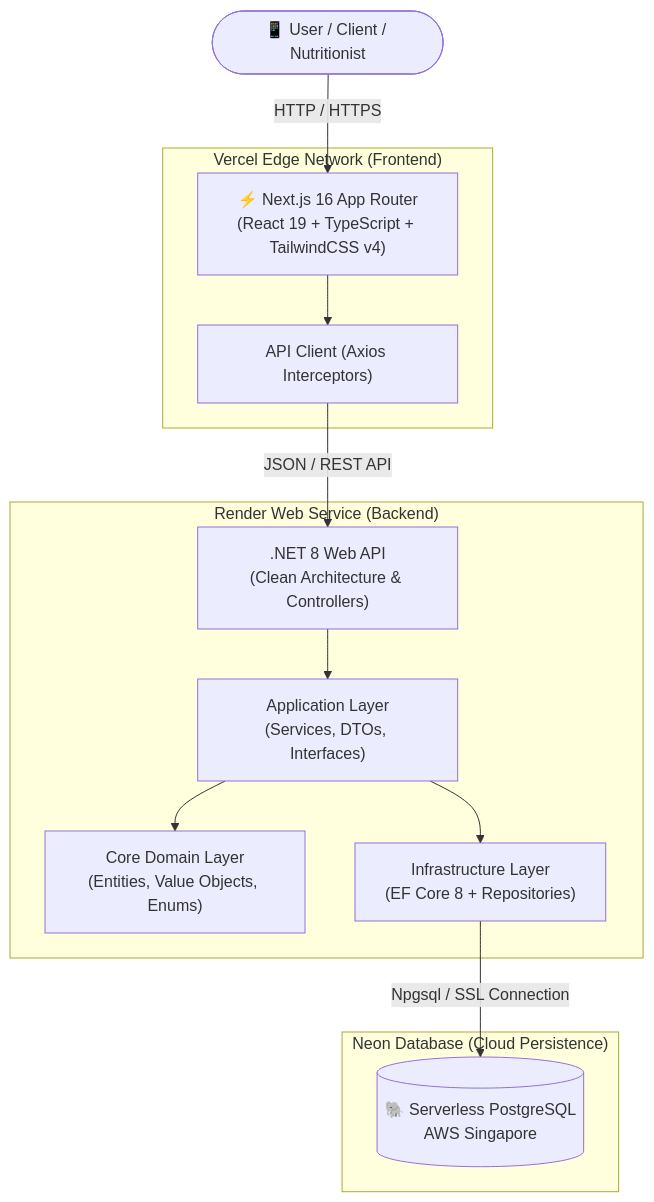
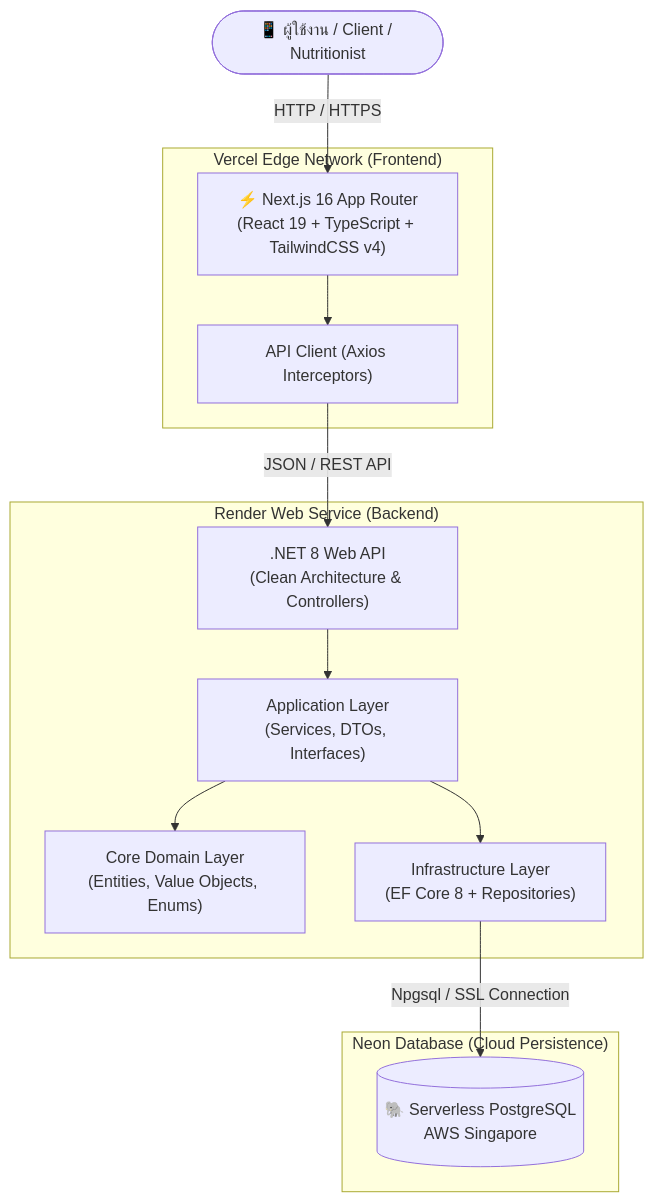
One commit to 6731470008-web/NutriPlan changed the diagram in README.md. Above: the diagram before and after it, drawn with Mermaid. The commit also changed other lines of this file, not shown here.

````diff
--- a/README.md
+++ b/README.md
@@ -71,28 +78,28 @@
 ```mermaid
 graph TD
-    User([📱 User / Client / Nutritionist])
+    User([📱 ผู้ใช้งาน / Client / Nutritionist])
     
     subgraph "Vercel Edge Network (Frontend)"
         NextJS["⚡ Next.js 16 App Router<br/>(React 19 + TypeScript + TailwindCSS v4)"]
         Axios["API Client (Axios Interceptors)"]
     end
     
     subgraph "Render Web Service (Backend)"
         NETCore[".NET 8 Web API<br/>(Clean Architecture & Controllers)"]
         Domain["Core Domain Layer<br/>(Entities, Value Objects, Enums)"]
         AppLayer["Application Layer<br/>(Services, DTOs, Interfaces)"]
         Infra["Infrastructure Layer<br/>(EF Core 8 + Repositories)"]
     end
     
     subgraph "Neon Database (Cloud Persistence)"
         Postgres[(🐘 Serverless PostgreSQL<br/>AWS Singapore)]
     end
 
     User -->|HTTP / HTTPS| NextJS
     NextJS --> Axios
     Axios -->|JSON / REST API| NETCore
     NETCore --> AppLayer
     AppLayer --> Domain
     AppLayer --> Infra
     Infra -->|Npgsql / SSL Connection| Postgres
 ```
````
